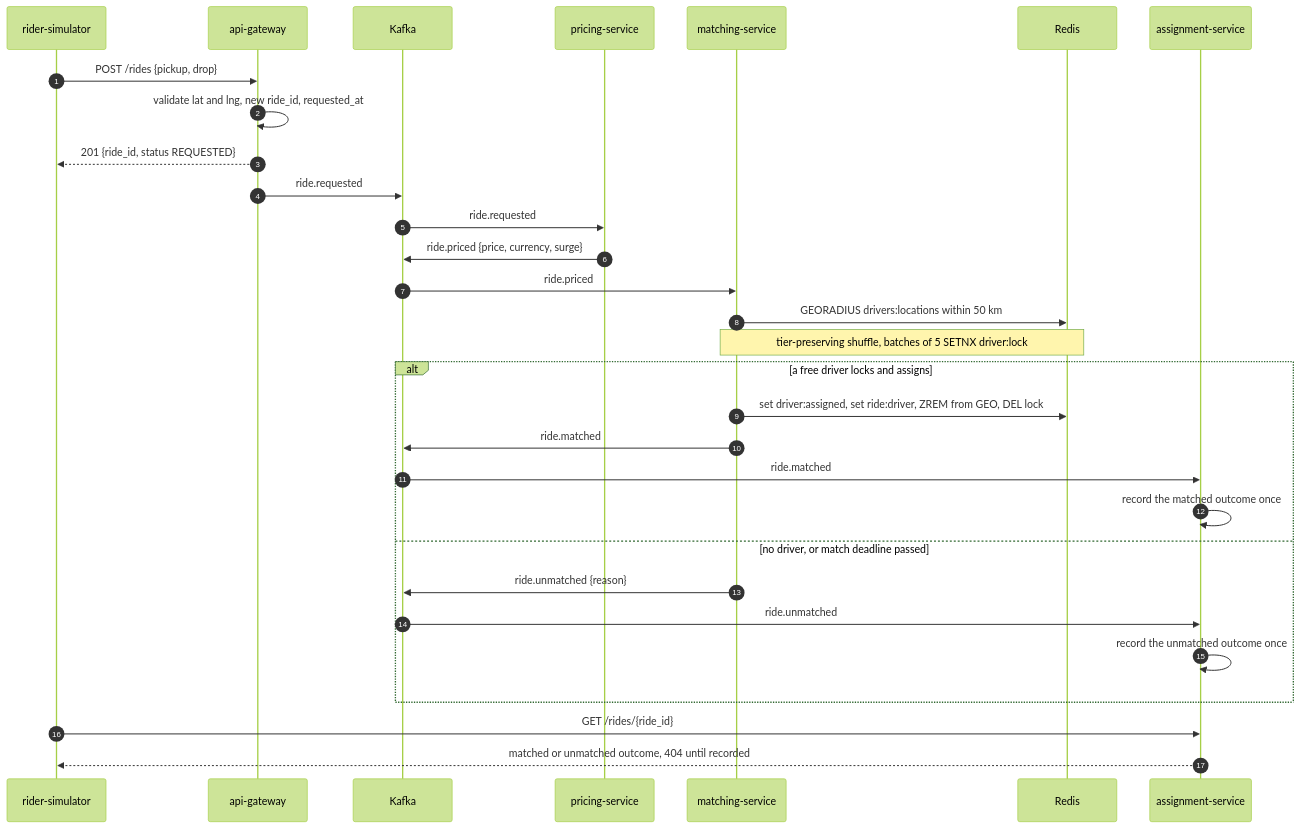
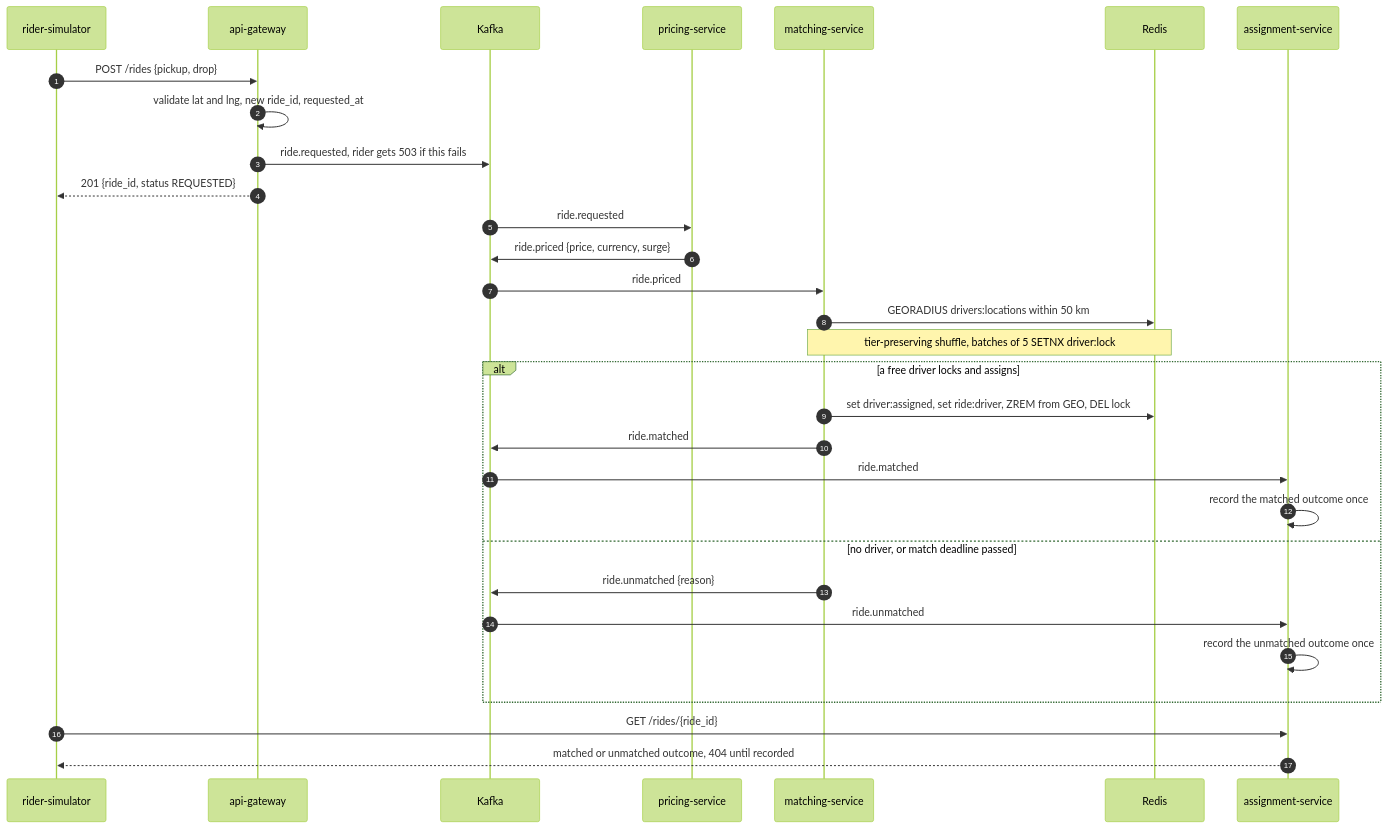
One commit to coderconnoisseur/ridepulse changed the second of 2 diagrams in README.md. Above: the diagram before and after it, drawn with Mermaid (forest theme). The commit also changed other lines of this file and 1 other file, not shown here.

Commit message:
docs: add plain-language guide; fix gateway publish order in sequence diagram

````diff
--- a/README.md
+++ b/README.md
@@ -93,33 +93,33 @@
 ```mermaid
 sequenceDiagram
     autonumber
     participant Rider as rider-simulator
     participant GW as api-gateway
     participant Kafka
     participant Pricing as pricing-service
     participant Match as matching-service
     participant Redis
     participant Assign as assignment-service
 
     Rider->>GW: POST /rides {pickup, drop}
     GW->>GW: validate lat and lng, new ride_id, requested_at
+    GW->>Kafka: ride.requested, rider gets 503 if this fails
     GW-->>Rider: 201 {ride_id, status REQUESTED}
-    GW->>Kafka: ride.requested
     Kafka->>Pricing: ride.requested
     Pricing->>Kafka: ride.priced {price, currency, surge}
     Kafka->>Match: ride.priced
     Match->>Redis: GEORADIUS drivers:locations within 50 km
     Note over Match,Redis: tier-preserving shuffle, batches of 5 SETNX driver:lock
     alt a free driver locks and assigns
         Match->>Redis: set driver:assigned, set ride:driver, ZREM from GEO, DEL lock
         Match->>Kafka: ride.matched
         Kafka->>Assign: ride.matched
         Assign->>Assign: record the matched outcome once
     else no driver, or match deadline passed
         Match->>Kafka: ride.unmatched {reason}
         Kafka->>Assign: ride.unmatched
         Assign->>Assign: record the unmatched outcome once
     end
     Rider->>Assign: GET /rides/{ride_id}
     Assign-->>Rider: matched or unmatched outcome, 404 until recorded
 ```
````
